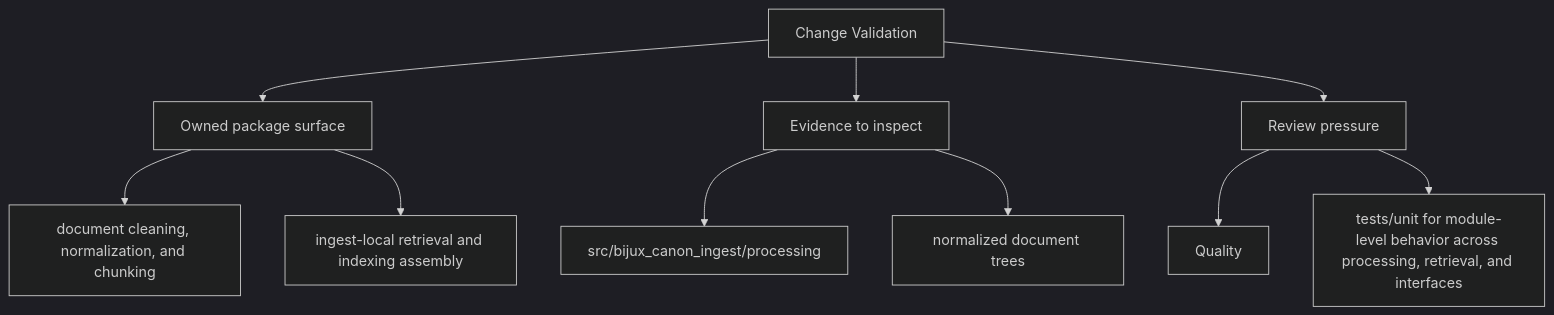
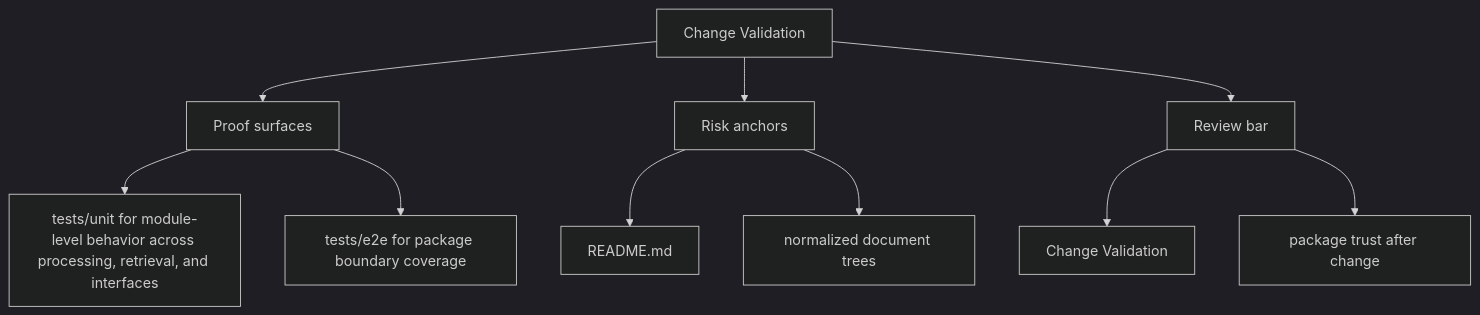
One commit to bijux/bijux-canon changed the second of 2 diagrams in docs/bijux-canon-ingest/quality/change-validation.md. Above: the diagram before and after it, drawn with Mermaid (dark theme). The commit also changed other lines of this file and 250 other files, not shown here.

Commit message:
docs(diagrams): make product page maps more readable

````diff
--- a/docs/bijux-canon-ingest/quality/change-validation.md
+++ b/docs/bijux-canon-ingest/quality/change-validation.md
@@ -33,22 +33,22 @@
 ```mermaid
 flowchart TD
     page["Change Validation"]
-    focus1["Owned package surface"]
+    focus1["Proof surfaces"]
     page --> focus1
-    focus1_1["document cleaning, normalization, and chunking"]
+    focus1_1["tests/unit for module-level behavior across processing, retrieval, and interfaces"]
     focus1 --> focus1_1
-    focus1_2["ingest-local retrieval and indexing assembly"]
+    focus1_2["tests/e2e for package boundary coverage"]
     focus1 --> focus1_2
-    focus2["Evidence to inspect"]
+    focus2["Risk anchors"]
     page --> focus2
-    focus2_1["src/bijux_canon_ingest/processing"]
+    focus2_1["README.md"]
     focus2 --> focus2_1
     focus2_2["normalized document trees"]
     focus2 --> focus2_2
-    focus3["Review pressure"]
+    focus3["Review bar"]
     page --> focus3
-    focus3_1["Quality"]
+    focus3_1["Change Validation"]
     focus3 --> focus3_1
-    focus3_2["tests/unit for module-level behavior across processing, retrieval, and interfaces"]
+    focus3_2["package trust after change"]
     focus3 --> focus3_2
 ```
````
